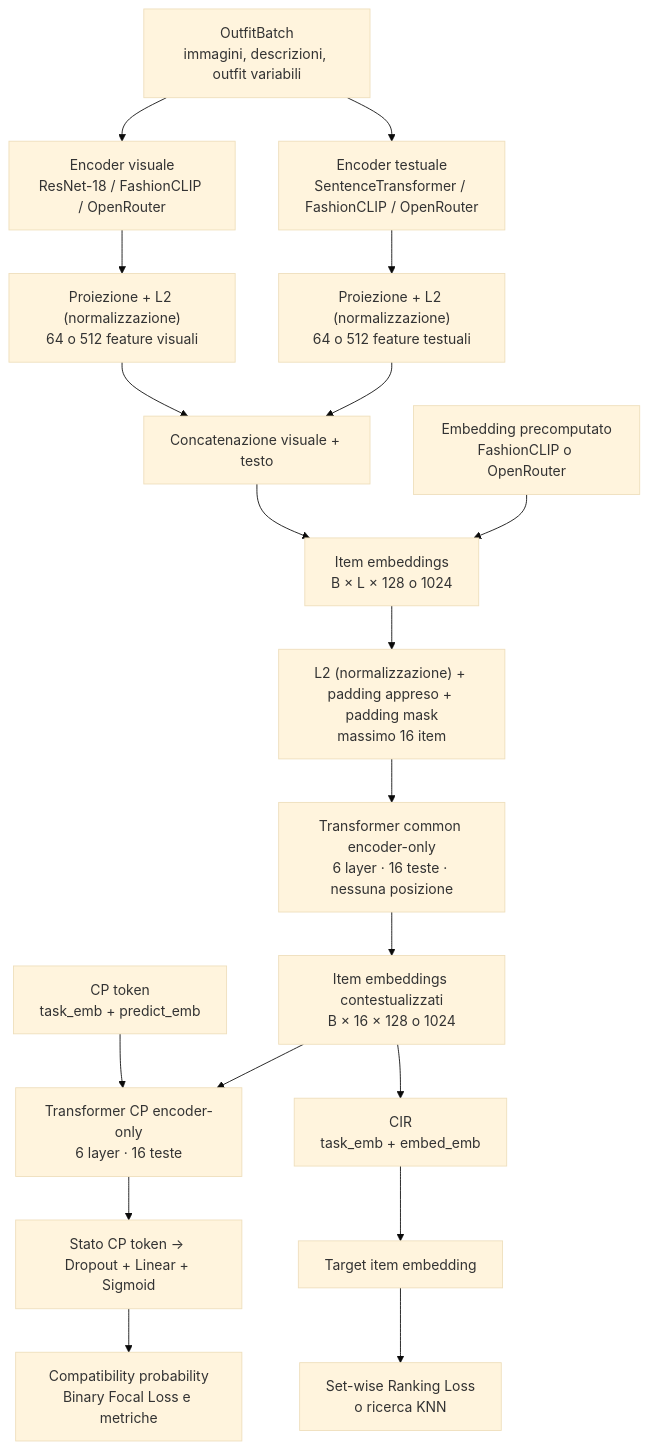
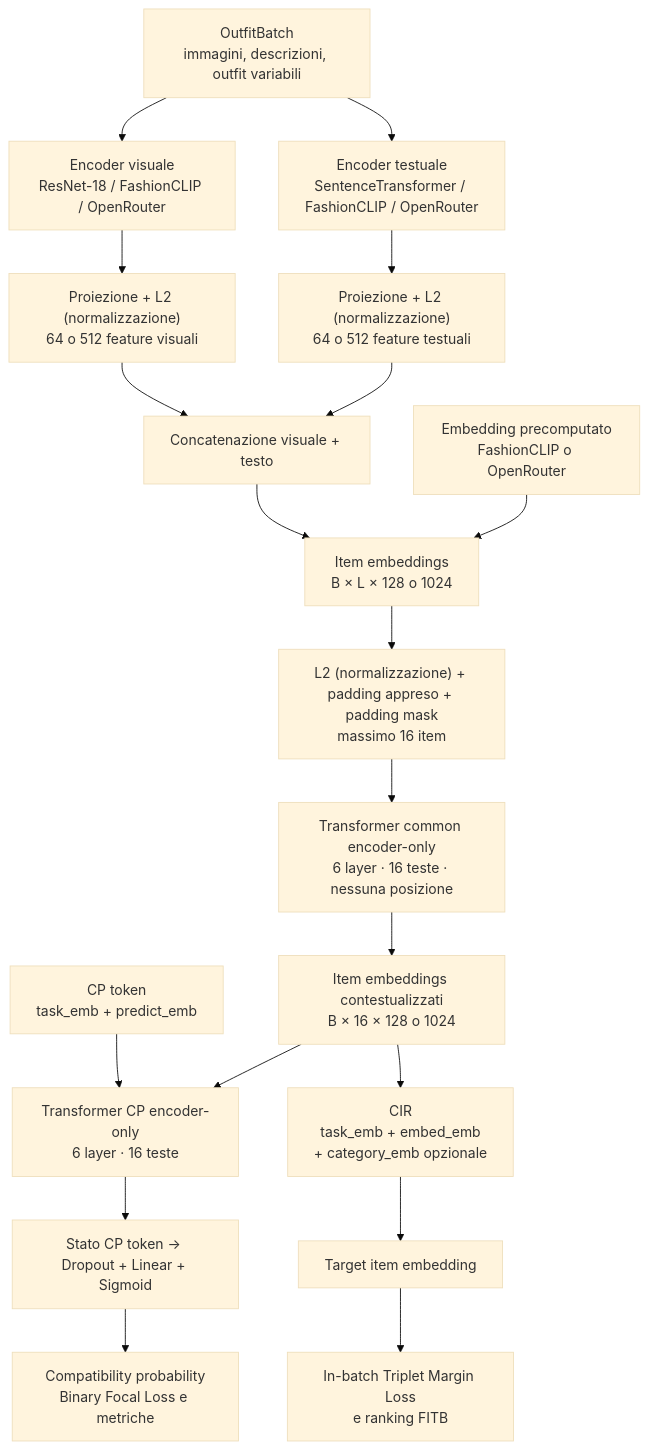
One commit to FlorindoDev/OutfitTransformer changed the diagram in README.md. Above: the diagram before and after it, drawn with Mermaid (base theme). The commit also changed other lines of this file and 4 other files, not shown here.

````diff
--- a/README.md
+++ b/README.md
@@ -48,28 +50,28 @@
 ```mermaid
 flowchart TD
     A["OutfitBatch<br/>immagini, descrizioni, outfit variabili"]
 
     A --> B["Encoder visuale<br/>ResNet-18 / FashionCLIP / OpenRouter"]
     A --> C["Encoder testuale<br/>SentenceTransformer / FashionCLIP / OpenRouter"]
 
     B --> D["Proiezione + L2 (normalizzazione)<br/>64 o 512 feature visuali"]
     C --> E["Proiezione + L2 (normalizzazione)<br/>64 o 512 feature testuali"]
 
     D --> F["Concatenazione visuale + testo"]
     E --> F
 
     F --> G["Item embeddings<br/>B × L × 128 o 1024"]
     P["Embedding precomputato<br/>FashionCLIP o OpenRouter"] --> G
     G --> H["L2 (normalizzazione) + padding appreso + padding mask<br/>massimo 16 item"]
     H --> I["Transformer common encoder-only<br/>6 layer · 16 teste · nessuna posizione"]
     I --> J["Item embeddings contestualizzati<br/>B × 16 × 128 o 1024"]
 
     K["CP token<br/>task_emb + predict_emb"] --> L["Transformer CP encoder-only<br/>6 layer · 16 teste"]
     J --> L
     L --> M["Stato CP token → Dropout + Linear + Sigmoid"]
     M --> N["Compatibility probability<br/>Binary Focal Loss e metriche"]
 
-    J --> O["CIR<br/>task_emb + embed_emb"]
+    J --> O["CIR<br/>task_emb + embed_emb<br/>+ category_emb opzionale"]
     O --> Q["Target item embedding"]
-    Q --> R["Set-wise Ranking Loss<br/>o ricerca KNN"]
+    Q --> R["In-batch Triplet Margin Loss<br/>e ranking FITB"]
 ```
````
